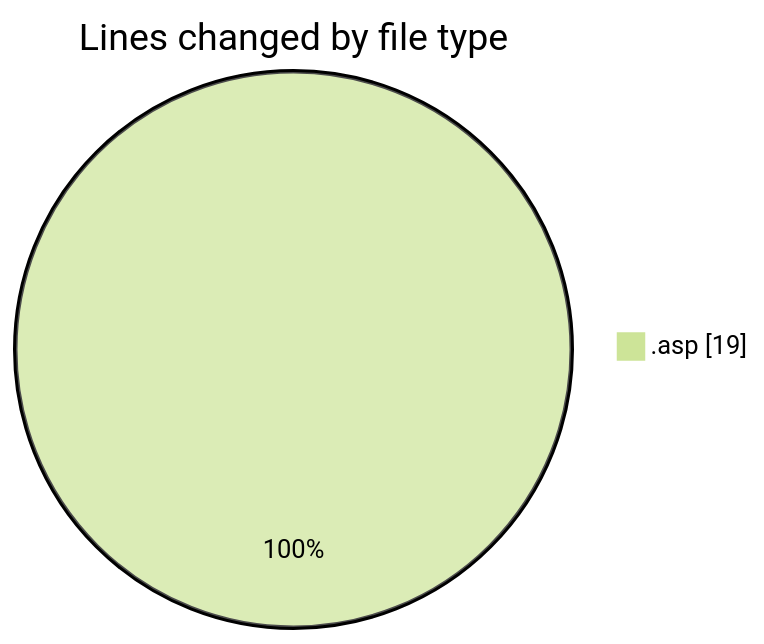
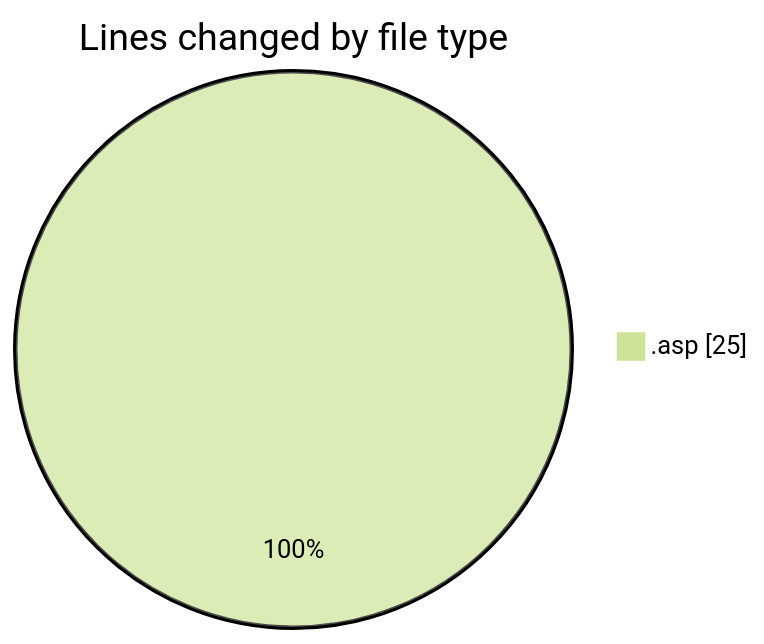
One commit to julien-gomy/code-tracking changed the first of 2 diagrams in 2025-11-02/cdp_aleoudev_fr__workspace_/README.md. Above: the diagram before and after it, drawn with Mermaid (forest theme). The commit also changed other lines of this file and 1 other file, not shown here.

````diff
--- a/2025-11-02/cdp_aleoudev_fr__workspace_/README.md
+++ b/2025-11-02/cdp_aleoudev_fr__workspace_/README.md
@@ -21,5 +22,5 @@
 ```mermaid
 pie showData
 title Lines changed by file type
-".asp" : 19
+".asp" : 25
 ```
````
